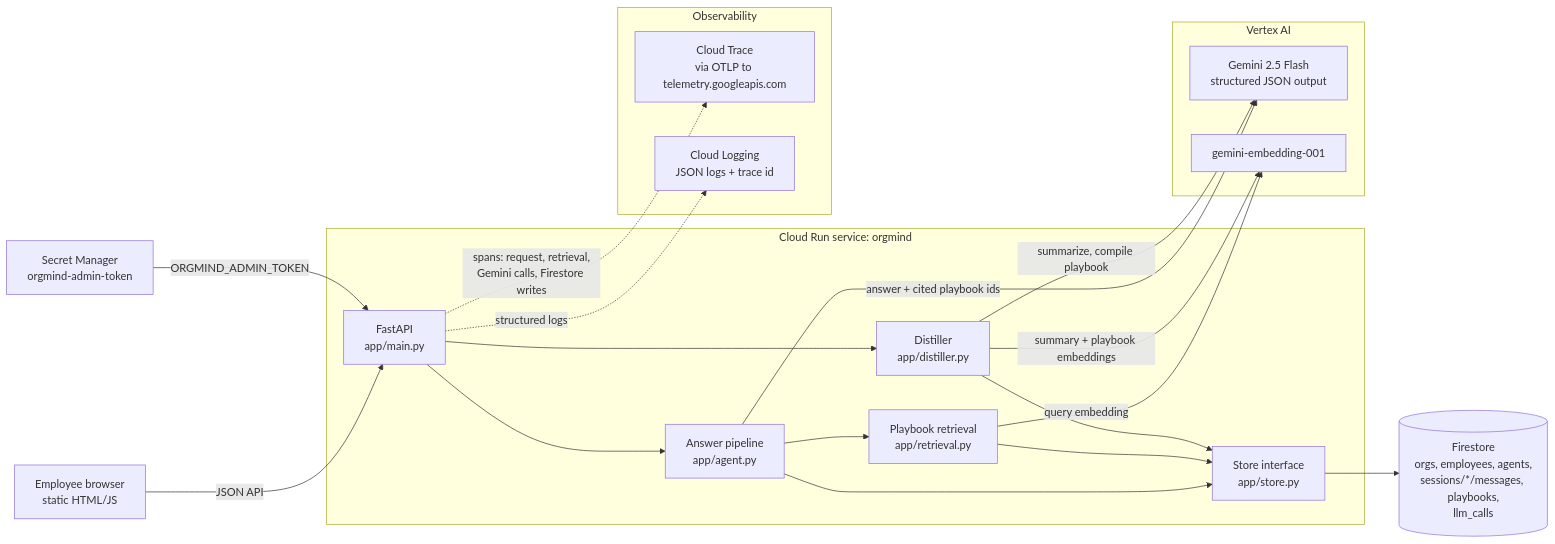
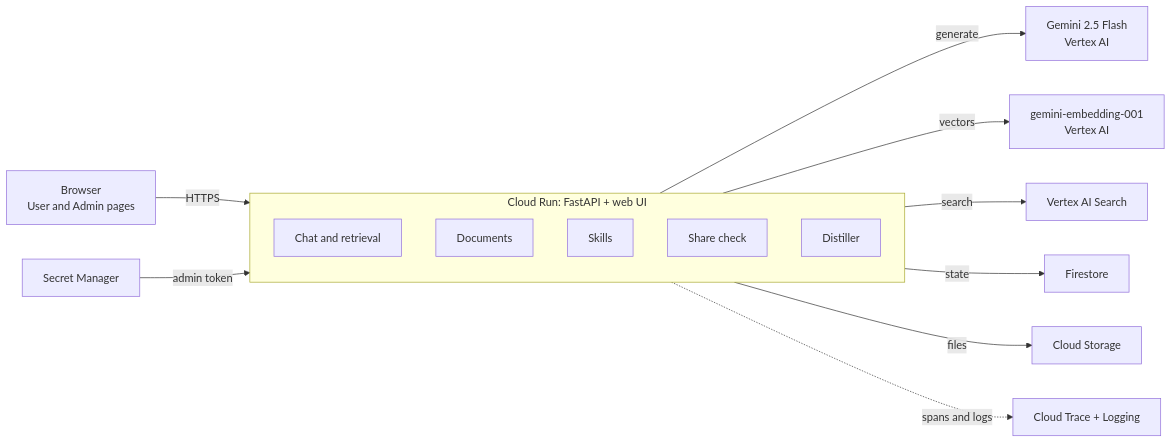
The first of 7 diagrams in README.md (harshithballa/ai-solvers-org-mind), drawn with Mermaid before and after one commit. The commit also changed other lines of this file and 1 other file, not shown here.

Commit message:
Rewrite README with architecture diagrams

````diff
--- a/README.md
+++ b/README.md
@@ -76,36 +29,19 @@
 ```mermaid
 flowchart LR
-    U[Employee browser<br/>static HTML/JS] -->|JSON API| API
-
-    subgraph CR[Cloud Run service: orgmind]
-        API[FastAPI<br/>app/main.py]
-        AG[Answer pipeline<br/>app/agent.py]
-        RT[Playbook retrieval<br/>app/retrieval.py]
-        DS[Distiller<br/>app/distiller.py]
-        ST[Store interface<br/>app/store.py]
-        API --> AG --> RT
-        API --> DS
-        AG --> ST
-        RT --> ST
-        DS --> ST
-    end
-
-    subgraph V[Vertex AI]
-        GM[Gemini 2.5 Flash<br/>structured JSON output]
-        EM[gemini-embedding-001]
-    end
-
-    AG -->|answer + cited playbook ids| GM
-    DS -->|summarize, compile playbook| GM
-    RT -->|query embedding| EM
-    DS -->|summary + playbook embeddings| EM
-    ST --> FS[(Firestore<br/>orgs, employees, agents,<br/>sessions/*/messages, playbooks,<br/>llm_calls)]
-
-    subgraph OBS[Observability]
-        CT[Cloud Trace<br/>via OTLP to telemetry.googleapis.com]
-        CL[Cloud Logging<br/>JSON logs + trace id]
-    end
-    API -.->|spans: request, retrieval,<br/>Gemini calls, Firestore writes| CT
-    API -.->|structured logs| CL
-    SM[Secret Manager<br/>orgmind-admin-token] -->|ORGMIND_ADMIN_TOKEN| API
+  U["Browser<br/>User and Admin pages"] -->|HTTPS| CR
+  subgraph CR["Cloud Run: FastAPI + web UI"]
+    direction TB
+    A["Chat and retrieval"]
+    D["Documents"]
+    S["Skills"]
+    G["Share check"]
+    X["Distiller"]
+  end
+  CR -->|generate| GEM["Gemini 2.5 Flash<br/>Vertex AI"]
+  CR -->|vectors| EMB["gemini-embedding-001<br/>Vertex AI"]
+  CR -->|search| VS["Vertex AI Search"]
+  CR -->|state| FS["Firestore"]
+  CR -->|files| GCS["Cloud Storage"]
+  SM["Secret Manager"] -->|admin token| CR
+  CR -.->|spans and logs| TR["Cloud Trace + Logging"]
 ```
````
